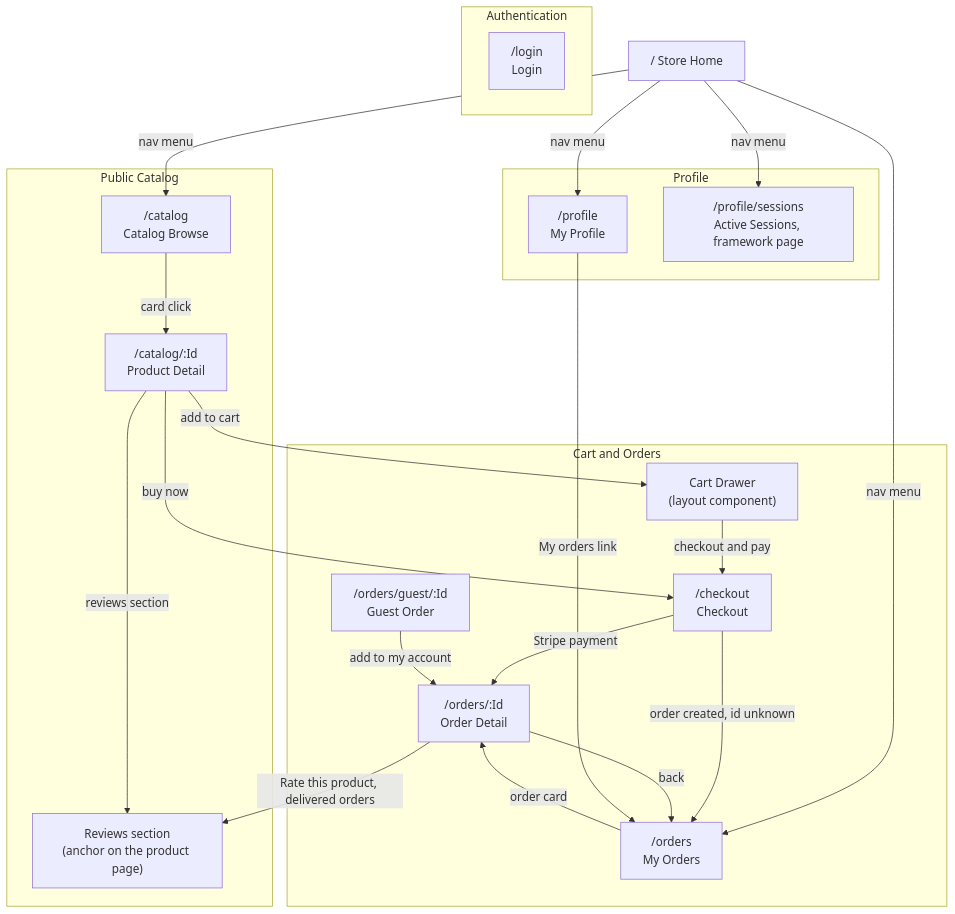
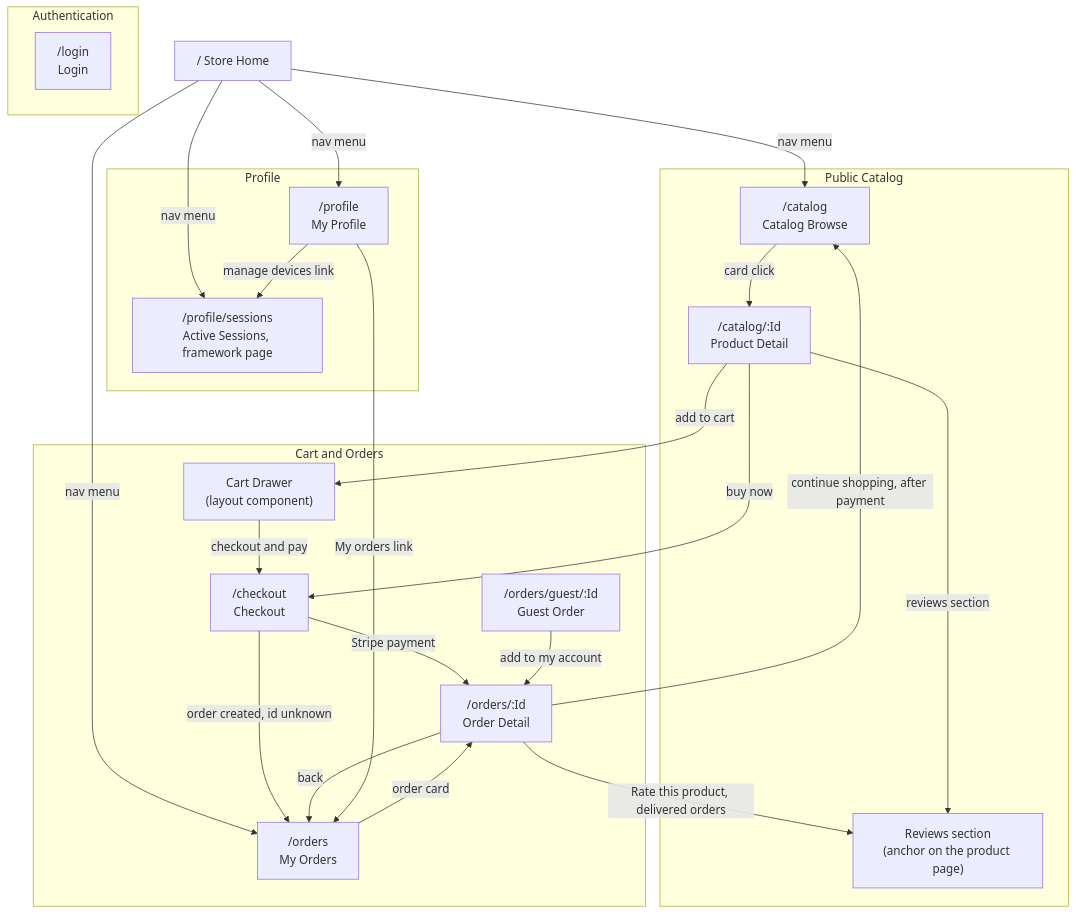
One commit to ivanball/ivanball.github.io changed the second of 3 diagrams in docs-src/guides/store-NavigationFlow.md. Above: the diagram before and after it, drawn with Mermaid. The commit also changed other lines of this file and 9 other files, not shown here.

````diff
--- a/docs-src/guides/store-NavigationFlow.md
+++ b/docs-src/guides/store-NavigationFlow.md
@@ -108,47 +110,49 @@
 ```mermaid
 flowchart TD
     subgraph Auth["Authentication"]
         Login["/login<br/>Login"]
     end
 
     subgraph Catalog["Public Catalog"]
         Browse["/catalog<br/>Catalog Browse"]
         ProductDetail["/catalog/:Id<br/>Product Detail"]
         Reviews["Reviews section<br/>(anchor on the product page)"]
     end
 
     subgraph Sales["Cart and Orders"]
         Cart["Cart Drawer<br/>(layout component)"]
         Checkout["/checkout<br/>Checkout"]
         Orders["/orders<br/>My Orders"]
         OrderDetail["/orders/:Id<br/>Order Detail"]
         GuestOrder["/orders/guest/:Id<br/>Guest Order"]
     end
 
     subgraph Identity["Profile"]
         Profile["/profile<br/>My Profile"]
         Sessions["/profile/sessions<br/>Active Sessions, framework page"]
     end
 
     Home["/  Store Home"]
 
     Home -->|nav menu| Browse
     Home -->|nav menu| Orders
     Home -->|nav menu| Profile
     Home -->|nav menu| Sessions
 
     Browse -->|card click| ProductDetail
     ProductDetail -->|add to cart| Cart
     ProductDetail -->|buy now| Checkout
     Cart -->|checkout and pay| Checkout
     Checkout -->|Stripe payment| OrderDetail
     Checkout -->|order created, id unknown| Orders
 
     Orders -->|order card| OrderDetail
     OrderDetail -->|back| Orders
+    OrderDetail -->|continue shopping, after payment| Browse
     Profile -->|My orders link| Orders
+    Profile -->|manage devices link| Sessions
     GuestOrder -->|add to my account| OrderDetail
 
     ProductDetail -->|reviews section| Reviews
     OrderDetail -->|Rate this product, delivered orders| Reviews
 ```
````
